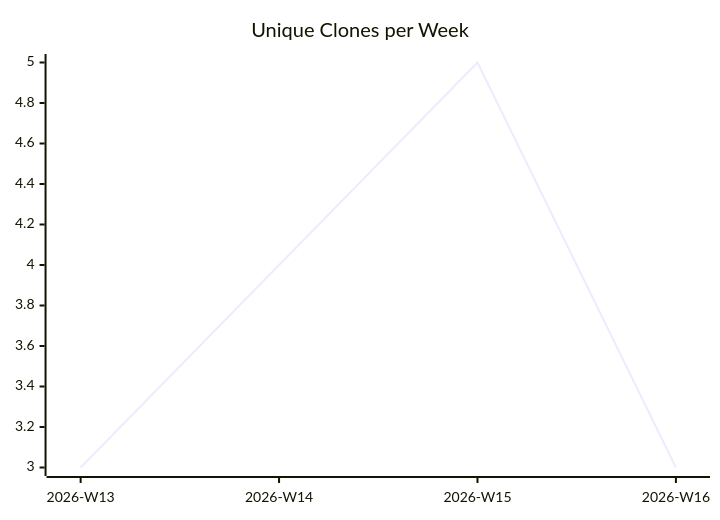
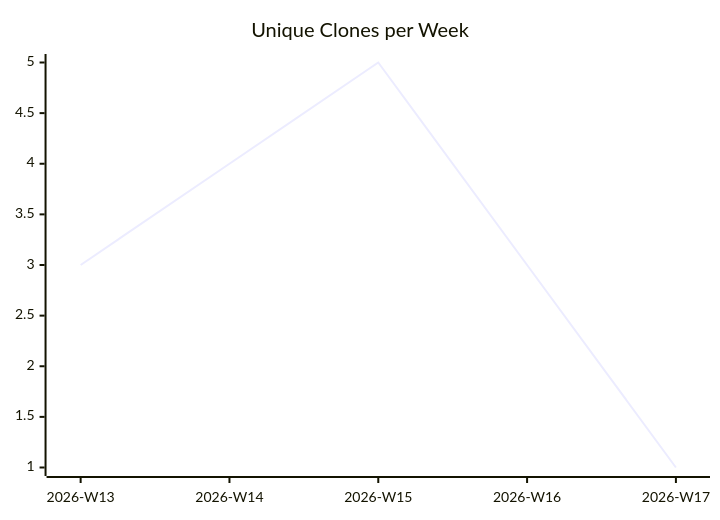
Before and after one commit to justdavis-family/github-analytics-data: the third of 3 diagrams in karlmdavis/justdavis-karl/README.md, drawn with Mermaid. The commit also changed other lines of this file and 192 other files, not shown here.

````diff
--- a/karlmdavis/justdavis-karl/README.md
+++ b/karlmdavis/justdavis-karl/README.md
@@ -19,6 +19,6 @@
 ```mermaid
 xychart-beta
   title "Unique Clones per Week"
-  x-axis ["2026-W13", "2026-W14", "2026-W15", "2026-W16"]
-  line [3, 4, 5, 3]
+  x-axis ["2026-W13", "2026-W14", "2026-W15", "2026-W16", "2026-W17"]
+  line [3, 4, 5, 3, 1]
 ```
````
